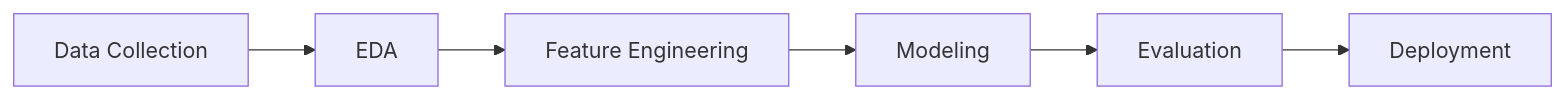
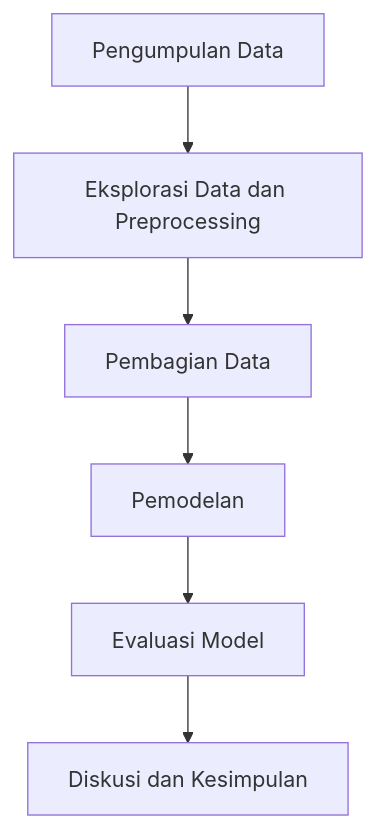
The diagram in README.md (Bimo-Cahyo/ML-A11.2022.14610-UAS), drawn with Mermaid before and after one commit. The commit also changed other lines of this file, not shown here.

````diff
--- a/README.md
+++ b/README.md
@@ -43,8 +30,8 @@
 ```mermaid
-graph LR
-A[Data Collection] --> B[EDA]
-B --> C[Feature Engineering]
-C --> D[Modeling]
-D --> E[Evaluation]
-E --> F[Deployment]
+graph TD
+    A[Pengumpulan Data] --> B[Eksplorasi Data dan Preprocessing]
+    B --> C[Pembagian Data]
+    C --> D[Pemodelan]
+    D --> E[Evaluasi Model]
+    E --> F[Diskusi dan Kesimpulan]
 ```
````
